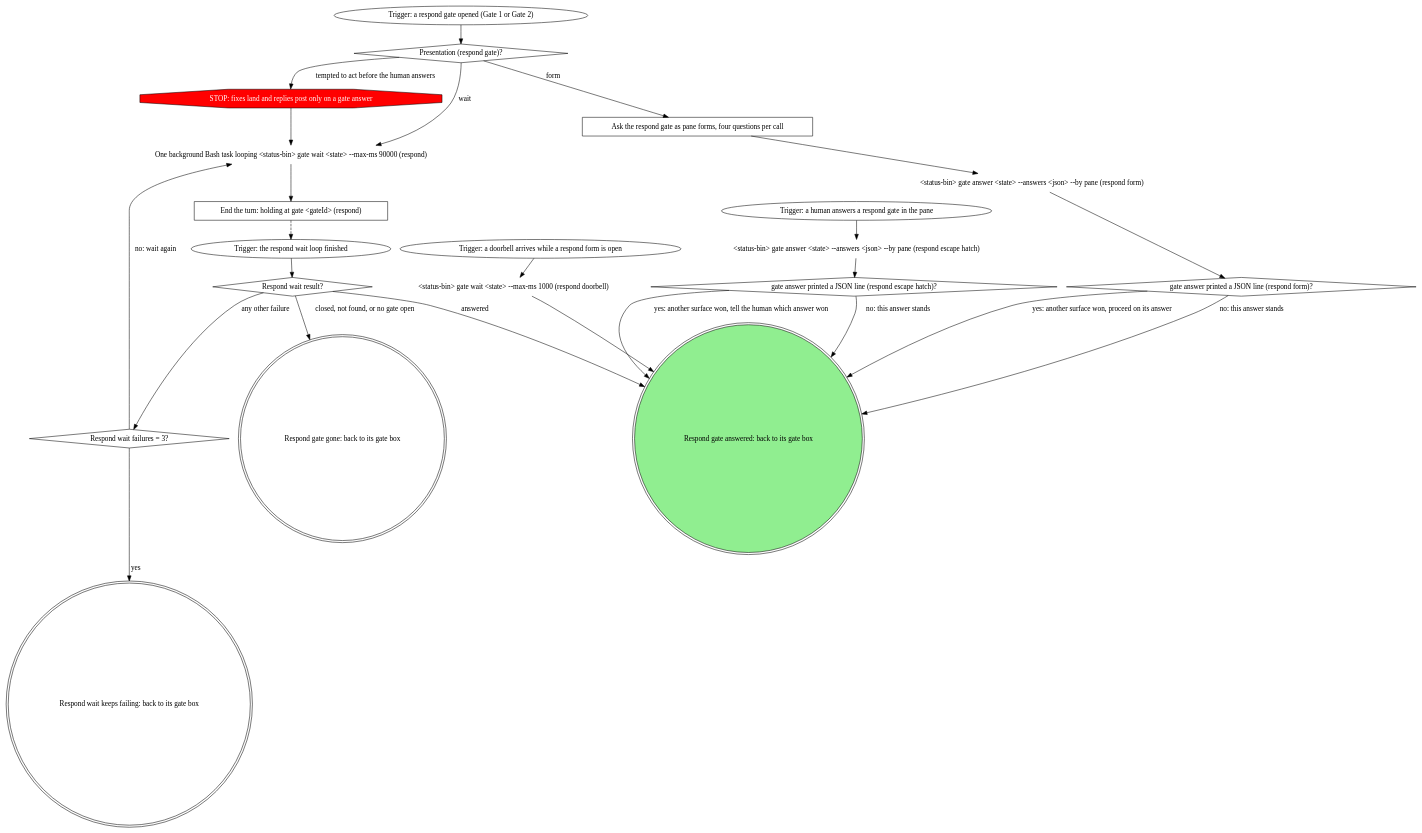
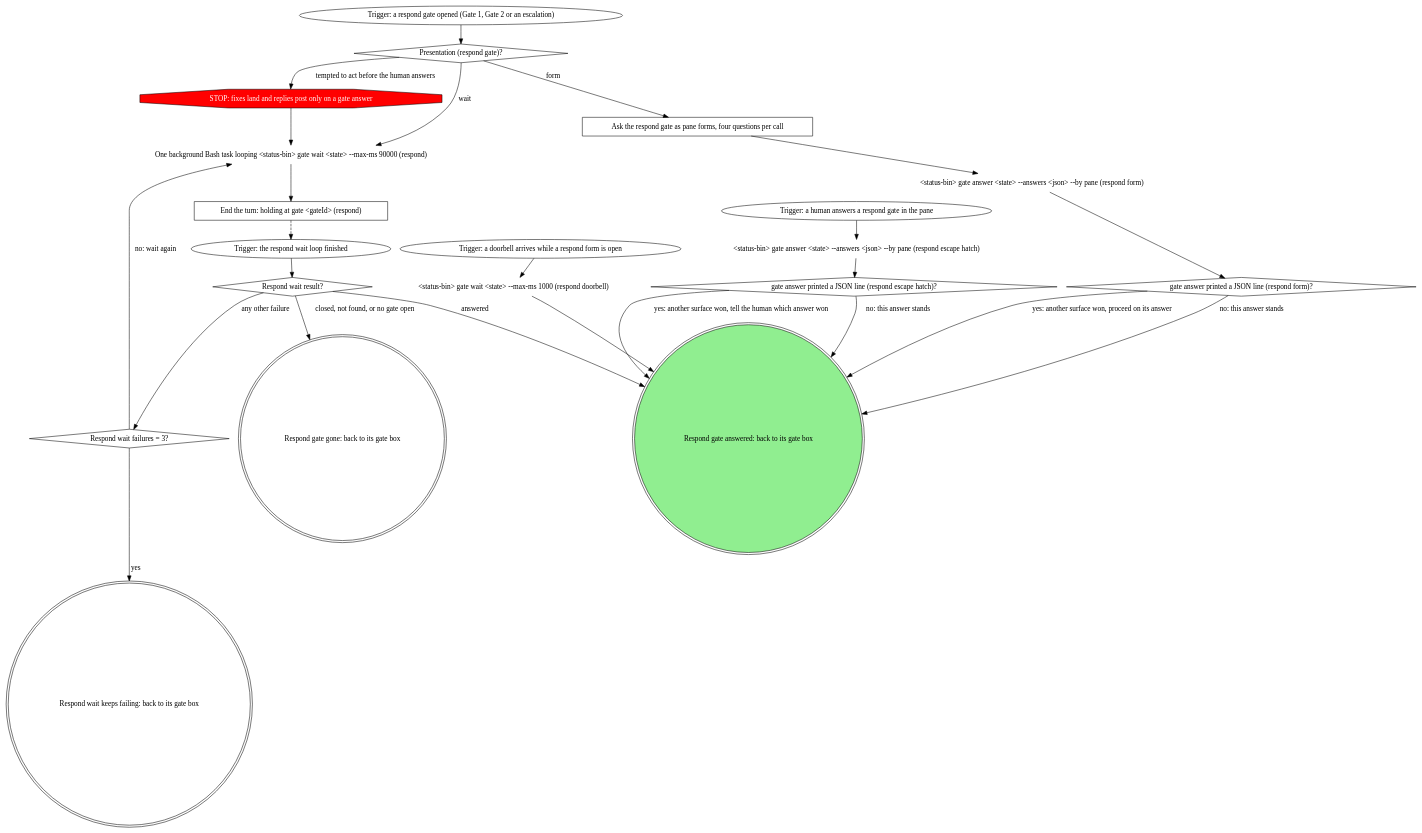
One commit to m4ttstack/mattstack changed the diagram in apps/board/skills-src/respond/gate-step.md. Above: the diagram before and after it, drawn with Graphviz. The commit also changed other lines of this file and 9 other files, not shown here.

Commit message:
board:respond: escalations park and resume; Gate 2 picks recorded

````diff
--- a/apps/board/skills-src/respond/gate-step.md
+++ b/apps/board/skills-src/respond/gate-step.md
@@ -21,49 +24,49 @@
 ```dot
 digraph respond_gate_step {
     rankdir=TB;
 
-    "Trigger: a respond gate opened (Gate 1 or Gate 2)" [shape=ellipse];
+    "Trigger: a respond gate opened (Gate 1, Gate 2 or an escalation)" [shape=ellipse];
     "Presentation (respond gate)?" [shape=diamond];
     "STOP: fixes land and replies post only on a gate answer" [shape=octagon style=filled fillcolor=red fontcolor=white];
     "Ask the respond gate as pane forms, four questions per call" [shape=box];
     "<status-bin> gate answer <state> --answers <json> --by pane (respond form)" [shape=plaintext];
     "gate answer printed a JSON line (respond form)?" [shape=diamond];
     "Trigger: a doorbell arrives while a respond form is open" [shape=ellipse];
     "<status-bin> gate wait <state> --max-ms 1000 (respond doorbell)" [shape=plaintext];
     "One background Bash task looping <status-bin> gate wait <state> --max-ms 90000 (respond)" [shape=plaintext];
     "End the turn: holding at gate <gateId> (respond)" [shape=box];
     "Trigger: the respond wait loop finished" [shape=ellipse];
     "Respond wait result?" [shape=diamond];
     "Respond wait failures = 3?" [shape=diamond];
     "Trigger: a human answers a respond gate in the pane" [shape=ellipse];
     "<status-bin> gate answer <state> --answers <json> --by pane (respond escape hatch)" [shape=plaintext];
     "gate answer printed a JSON line (respond escape hatch)?" [shape=diamond];
     "Respond gate gone: back to its gate box" [shape=doublecircle];
     "Respond wait keeps failing: back to its gate box" [shape=doublecircle];
     "Respond gate answered: back to its gate box" [shape=doublecircle style=filled fillcolor=lightgreen];
 
-    "Trigger: a respond gate opened (Gate 1 or Gate 2)" -> "Presentation (respond gate)?";
+    "Trigger: a respond gate opened (Gate 1, Gate 2 or an escalation)" -> "Presentation (respond gate)?";
     "Presentation (respond gate)?" -> "Ask the respond gate as pane forms, four questions per call" [label="form"];
     "Presentation (respond gate)?" -> "One background Bash task looping <status-bin> gate wait <state> --max-ms 90000 (respond)" [label="wait"];
     "Presentation (respond gate)?" -> "STOP: fixes land and replies post only on a gate answer" [label="tempted to act before the human answers"];
     "STOP: fixes land and replies post only on a gate answer" -> "One background Bash task looping <status-bin> gate wait <state> --max-ms 90000 (respond)";
     "Ask the respond gate as pane forms, four questions per call" -> "<status-bin> gate answer <state> --answers <json> --by pane (respond form)";
     "<status-bin> gate answer <state> --answers <json> --by pane (respond form)" -> "gate answer printed a JSON line (respond form)?";
     "gate answer printed a JSON line (respond form)?" -> "Respond gate answered: back to its gate box" [label="no: this answer stands"];
     "gate answer printed a JSON line (respond form)?" -> "Respond gate answered: back to its gate box" [label="yes: another surface won, proceed on its answer"];
     "Trigger: a doorbell arrives while a respond form is open" -> "<status-bin> gate wait <state> --max-ms 1000 (respond doorbell)";
     "<status-bin> gate wait <state> --max-ms 1000 (respond doorbell)" -> "Respond gate answered: back to its gate box";
     "One background Bash task looping <status-bin> gate wait <state> --max-ms 90000 (respond)" -> "End the turn: holding at gate <gateId> (respond)";
     "End the turn: holding at gate <gateId> (respond)" -> "Trigger: the respond wait loop finished" [style=dashed];
     "Trigger: the respond wait loop finished" -> "Respond wait result?";
     "Respond wait result?" -> "Respond gate answered: back to its gate box" [label="answered"];
     "Respond wait result?" -> "Respond gate gone: back to its gate box" [label="closed, not found, or no gate open"];
     "Respond wait result?" -> "Respond wait failures = 3?" [label="any other failure"];
     "Respond wait failures = 3?" -> "One background Bash task looping <status-bin> gate wait <state> --max-ms 90000 (respond)" [label="no: wait again"];
     "Respond wait failures = 3?" -> "Respond wait keeps failing: back to its gate box" [label="yes"];
     "Trigger: a human answers a respond gate in the pane" -> "<status-bin> gate answer <state> --answers <json> --by pane (respond escape hatch)";
     "<status-bin> gate answer <state> --answers <json> --by pane (respond escape hatch)" -> "gate answer printed a JSON line (respond escape hatch)?";
     "gate answer printed a JSON line (respond escape hatch)?" -> "Respond gate answered: back to its gate box" [label="no: this answer stands"];
     "gate answer printed a JSON line (respond escape hatch)?" -> "Respond gate answered: back to its gate box" [label="yes: another surface won, tell the human which answer won"];
 }
 ```
````
